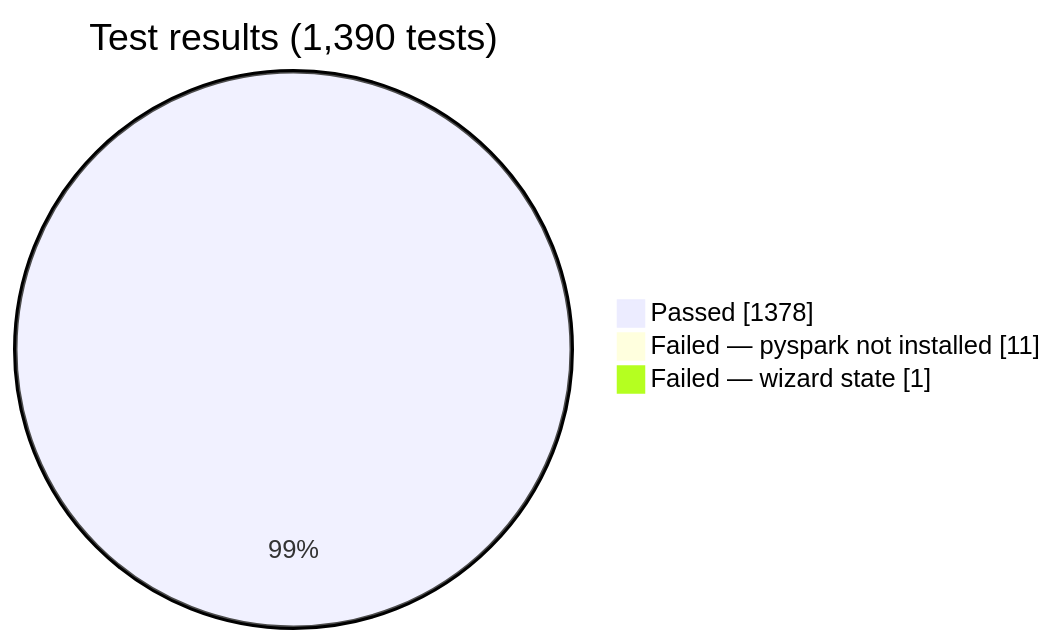
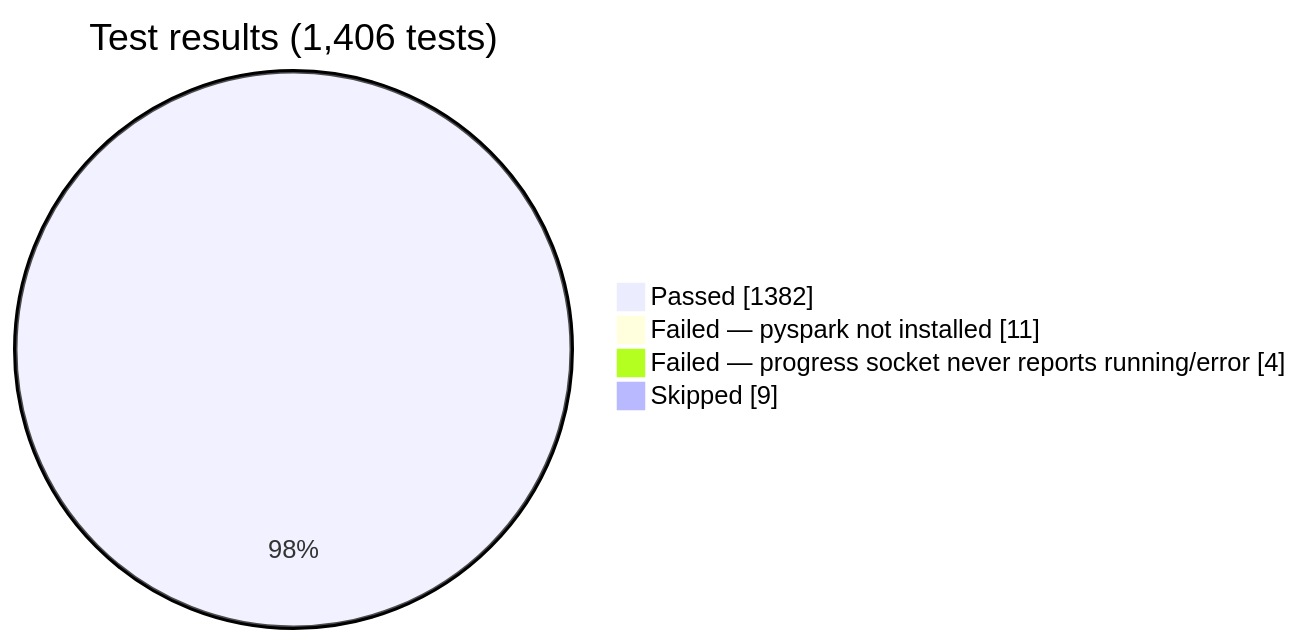
One commit to DataShield-sp18/data-shield-docs changed the second of 2 diagrams in docs/operations/testing-and-coverage.md. Above: the diagram before and after it, drawn with Mermaid. The commit also changed other lines of this file and 2 other files, not shown here.

First line of the commit message:
docs(platform): quotas, TTL audit, test DB

````diff
--- a/docs/operations/testing-and-coverage.md
+++ b/docs/operations/testing-and-coverage.md
@@ -59,7 +63,8 @@
 ```mermaid
 pie showData
-    title Test results (1,390 tests)
-    "Passed" : 1378
+    title Test results (1,406 tests)
+    "Passed" : 1382
     "Failed — pyspark not installed" : 11
-    "Failed — wizard state" : 1
+    "Failed — progress socket never reports running/error" : 4
+    "Skipped" : 9
 ```
````
